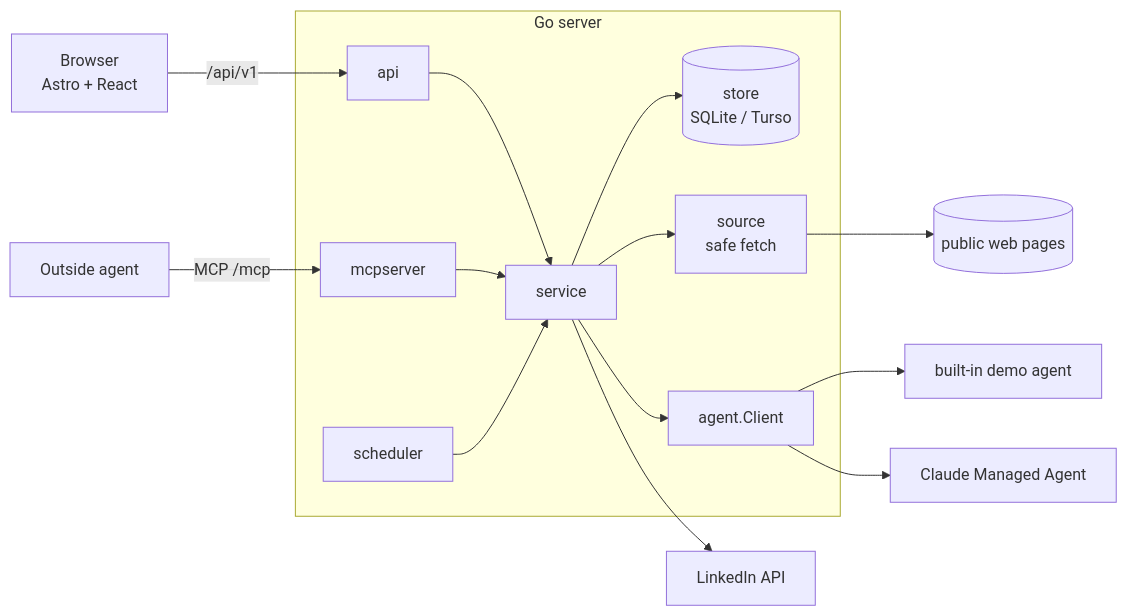
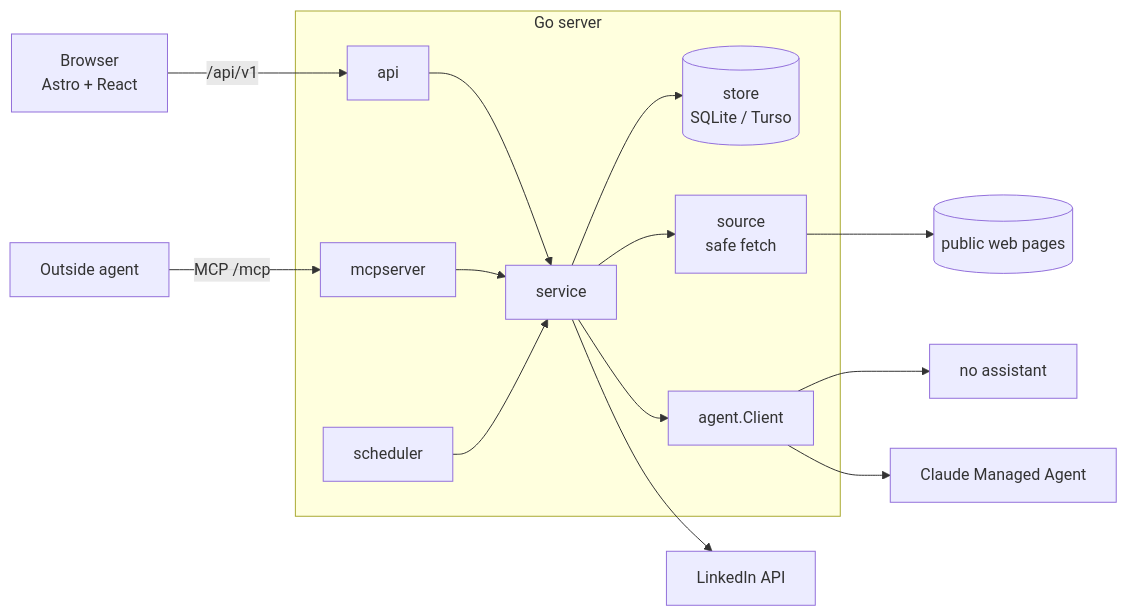
Before and after one commit to senthilsweb/cardpress: the first of 3 diagrams in docs/architecture.md, drawn with Mermaid. The commit also changed 47 other files, not shown here.

First line of the commit message:
Connect the chat to the Claude Managed Agents and remove the demo assistant

````diff
--- a/docs/architecture.md
+++ b/docs/architecture.md
@@ -5,17 +5,17 @@
 ```mermaid
 flowchart LR
   B[Browser<br/>Astro + React] -->|/api/v1| API
   M[Outside agent] -->|MCP /mcp| MCP
   subgraph Go[Go server]
     API[api] --> SVC[service]
     MCP[mcpserver] --> SVC
     SVC --> ST[(store<br/>SQLite / Turso)]
     SVC --> SRC[source<br/>safe fetch]
     SVC --> AG[agent.Client]
     SCH[scheduler] --> SVC
   end
-  AG --> MOCK[built-in demo agent]
+  AG --> NONE[no assistant]
   AG --> CMA[Claude Managed Agent]
   SVC --> LI[LinkedIn API]
   SRC --> WEB[(public web pages)]
 ```
````
